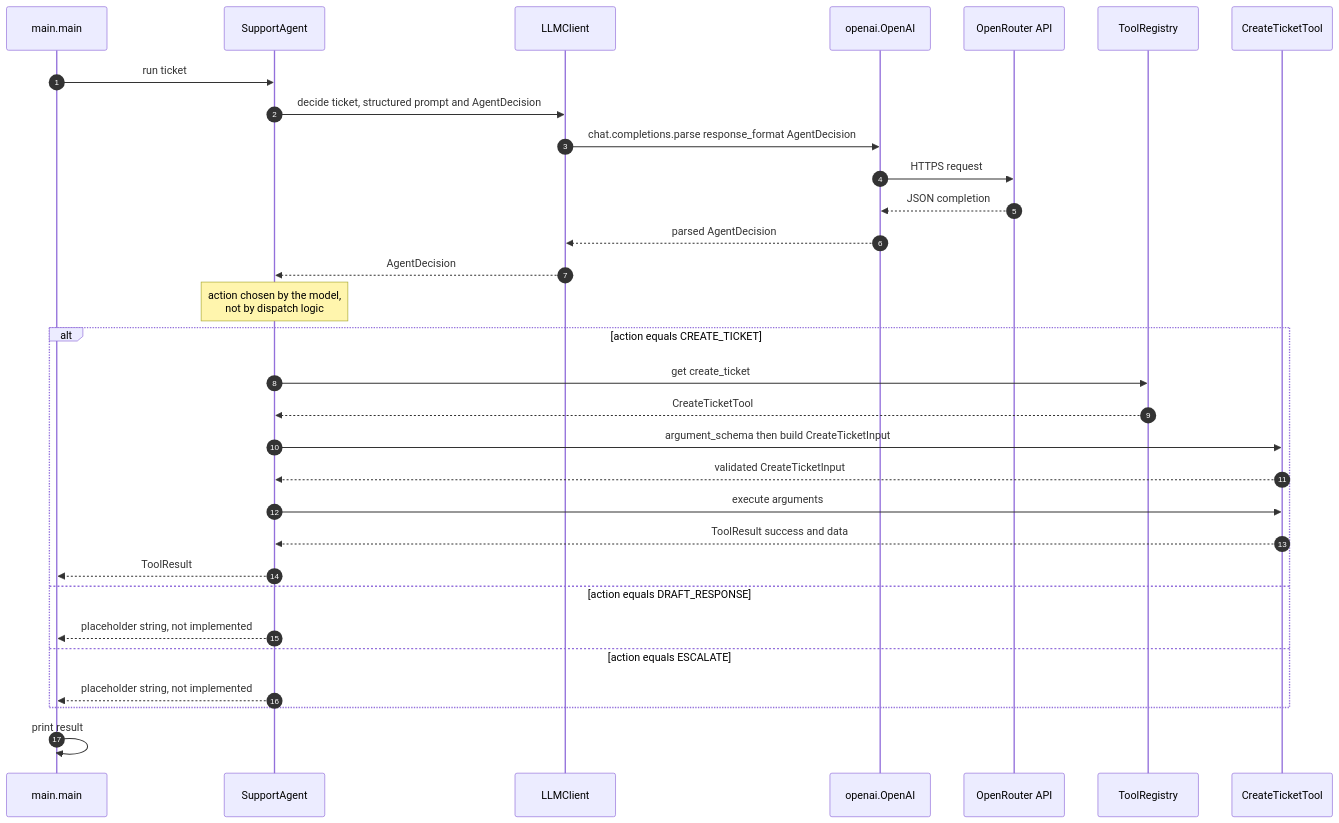
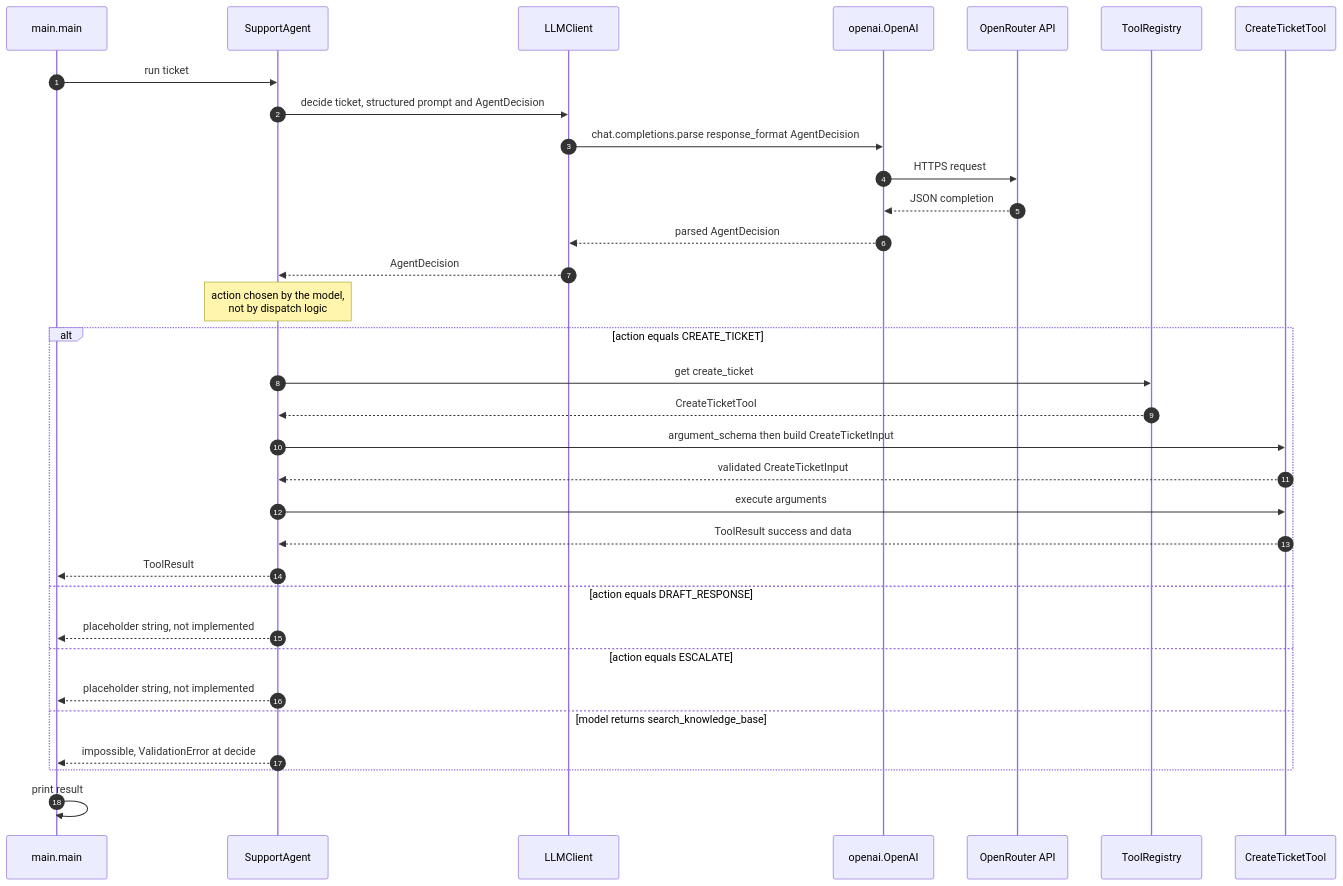
Before and after one commit to mezni/data-helpers: the second of 6 diagrams in docs/sequence-diagram.md, drawn with Mermaid. The commit also changed other lines of this file and 14 other files, not shown here.

````diff
--- a/docs/sequence-diagram.md
+++ b/docs/sequence-diagram.md
@@ -67,34 +75,36 @@
 ```mermaid
 sequenceDiagram
     autonumber
     participant Main as main.main
     participant Agent as SupportAgent
     participant LLMClient as LLMClient
     participant SDK as openai.OpenAI
     participant API as OpenRouter API
     participant Registry as ToolRegistry
     participant Tool as CreateTicketTool
 
     Main->>Agent: run ticket
     Agent->>LLMClient: decide ticket, structured prompt and AgentDecision
     LLMClient->>SDK: chat.completions.parse response_format AgentDecision
     SDK->>API: HTTPS request
     API-->>SDK: JSON completion
     SDK-->>LLMClient: parsed AgentDecision
     LLMClient-->>Agent: AgentDecision
     Note over Agent: action chosen by the model,<br/>not by dispatch logic
     alt action equals CREATE_TICKET
         Agent->>Registry: get create_ticket
         Registry-->>Agent: CreateTicketTool
         Agent->>Tool: argument_schema then build CreateTicketInput
         Tool-->>Agent: validated CreateTicketInput
         Agent->>Tool: execute arguments
         Tool-->>Agent: ToolResult success and data
         Agent-->>Main: ToolResult
     else action equals DRAFT_RESPONSE
         Agent-->>Main: placeholder string, not implemented
     else action equals ESCALATE
         Agent-->>Main: placeholder string, not implemented
+    else model returns search_knowledge_base
+        Agent-->>Main: impossible, ValidationError at decide
     end
     Main->>Main: print result
 ```
````
